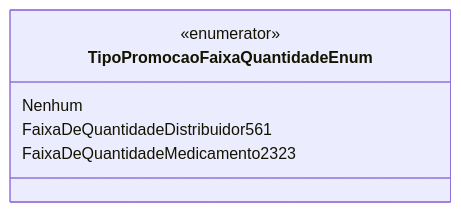
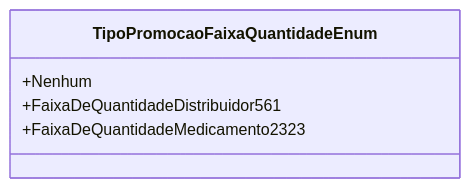
The diagram in docs/b2b-dominio/IsthmusWinthor.Nucleo/IsthmusWinthor.Dominio/Enumeradores/TipoPromocaoFaixaQuantidadeEnum.md (IsthmusSistemas/documentacao-tecnica), drawn with Mermaid before and after one commit. The commit also changed other lines of this file and 882 other files, not shown here.

````diff
--- a/docs/b2b-dominio/IsthmusWinthor.Nucleo/IsthmusWinthor.Dominio/Enumeradores/TipoPromocaoFaixaQuantidadeEnum.md
+++ b/docs/b2b-dominio/IsthmusWinthor.Nucleo/IsthmusWinthor.Dominio/Enumeradores/TipoPromocaoFaixaQuantidadeEnum.md
@@ -11,9 +11,8 @@
 ```mermaid
 classDiagram
     class TipoPromocaoFaixaQuantidadeEnum {
-        <<enumerator>>
-        Nenhum
-        FaixaDeQuantidadeDistribuidor561
-        FaixaDeQuantidadeMedicamento2323
+        +Nenhum
+        +FaixaDeQuantidadeDistribuidor561
+        +FaixaDeQuantidadeMedicamento2323
     }
-```
+``` 
````
